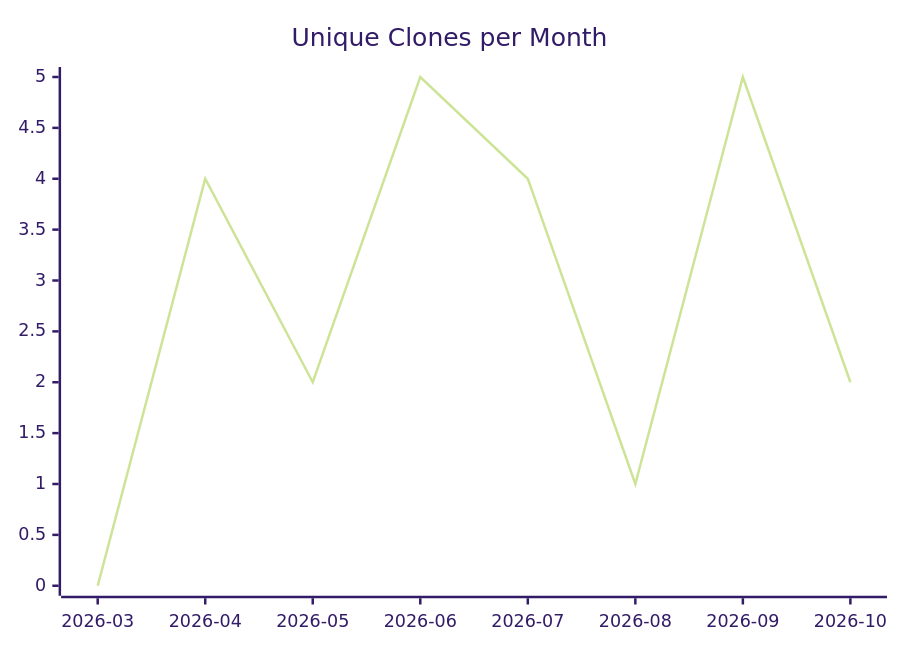
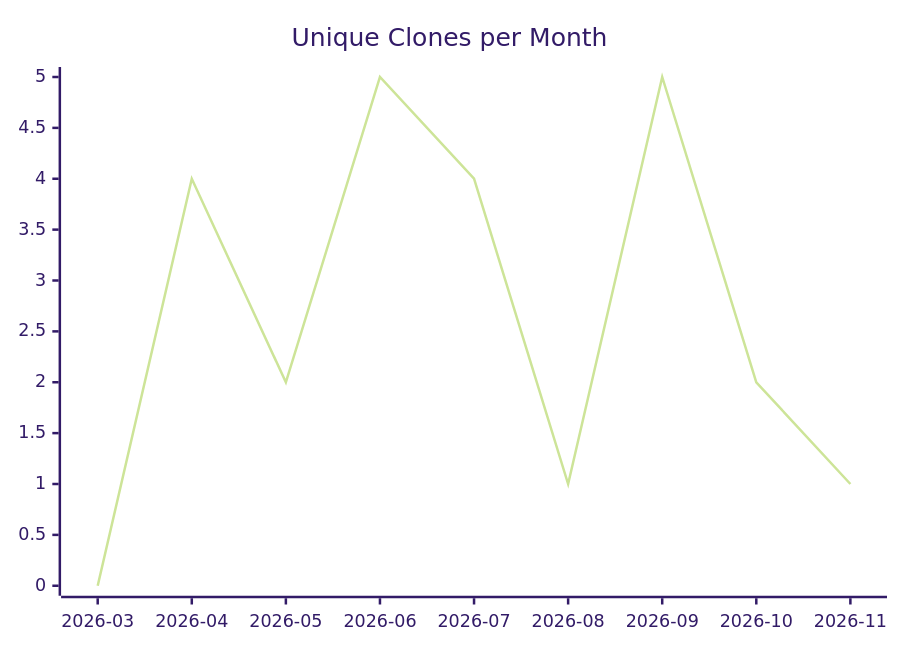
The third of 3 diagrams in karlmdavis/todoist-ai/README.md (justdavis-family/github-analytics-data), drawn with Mermaid (forest theme) before and after one commit. The commit also changed other lines of this file and 201 other files, not shown here.

````diff
--- a/karlmdavis/todoist-ai/README.md
+++ b/karlmdavis/todoist-ai/README.md
@@ -19,6 +19,6 @@
 ```mermaid
 xychart-beta
   title "Unique Clones per Month"
-  x-axis ["2026-03", "2026-04", "2026-05", "2026-06", "2026-07", "2026-08", "2026-09", "2026-10"]
-  line [0, 4, 2, 5, 4, 1, 5, 2]
+  x-axis ["2026-03", "2026-04", "2026-05", "2026-06", "2026-07", "2026-08", "2026-09", "2026-10", "2026-11"]
+  line [0, 4, 2, 5, 4, 1, 5, 2, 1]
 ```
````
